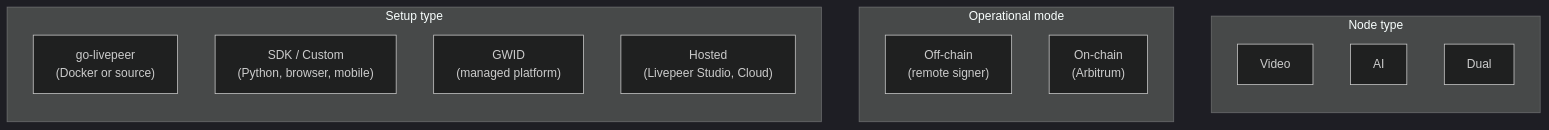
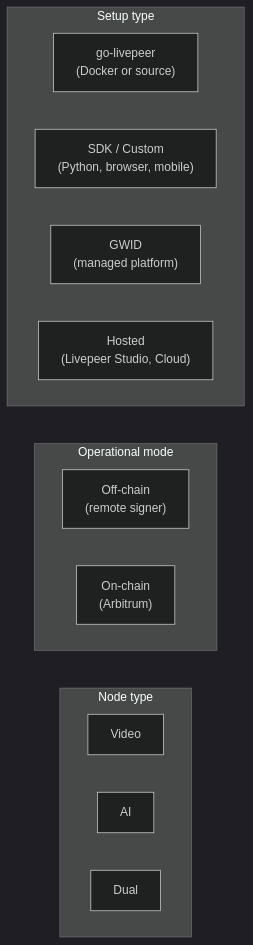
The diagram in v2/gateways/guides/deployment-details/setup-options.mdx (sidestream-tech/livepeer-docs), drawn with Mermaid before and after one commit. The commit also changed other lines of this file and 34 other files, not shown here.

````diff
--- a/v2/gateways/guides/deployment-details/setup-options.mdx
+++ b/v2/gateways/guides/deployment-details/setup-options.mdx
@@ -51,26 +52,26 @@
 ```mermaid
 %%{init: {'theme': 'dark', 'themeVariables': { 'primaryColor': '#1a1a1a', 'primaryTextColor': '#E0E4E0', 'primaryBorderColor': '#18794E', 'lineColor': '#2b9a66', 'secondaryColor': '#0d0d0d', 'tertiaryColor': '#3CB540', 'background': '#0d0d0d'}}}%%
-flowchart LR
+flowchart TD
     subgraph ST ["Setup type"]
-        direction TB
+        direction LR
         B["go-livepeer\n(Docker or source)"]
         C["SDK / Custom\n(Python, browser, mobile)"]
         D["GWID\n(managed platform)"]
         E["Hosted\n(Livepeer Studio, Cloud)"]
     end
 
     subgraph OM ["Operational mode"]
-        direction TB
+        direction LR
         G["Off-chain\n(remote signer)"]
         H["On-chain\n(Arbitrum)"]
     end
 
     subgraph NT ["Node type"]
-        direction TB
+        direction LR
         J["Video"]
         K["AI"]
         L["Dual"]
     end
 
     ST ~~~ OM ~~~ NT
 ```
````
